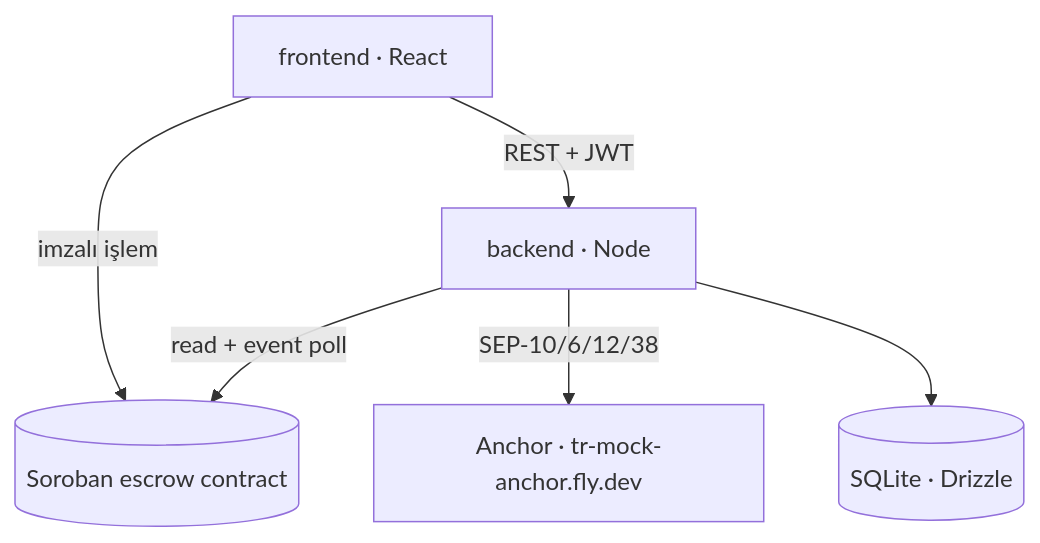
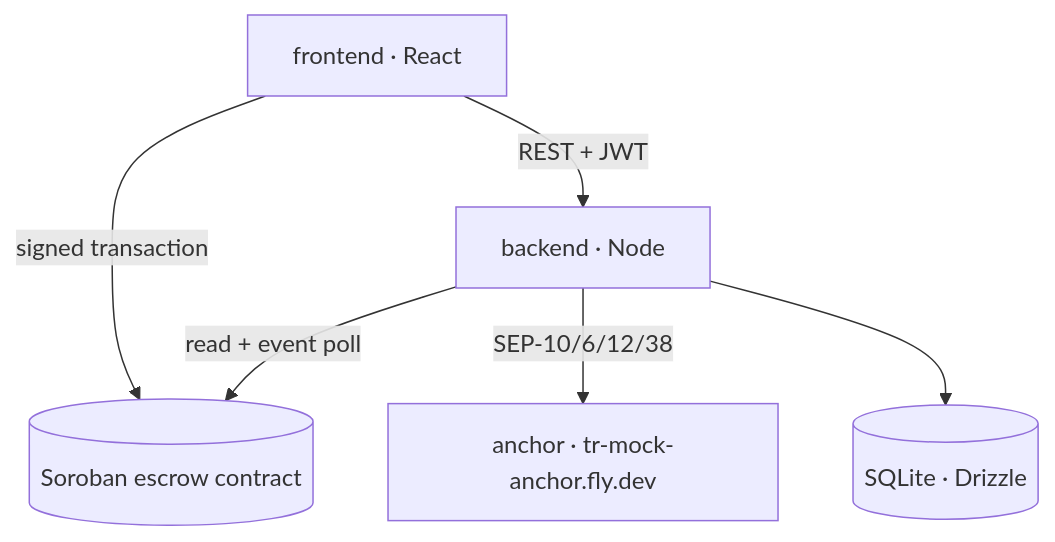
One commit to CemAyyildiz/Pactly changed the first of 3 diagrams in _bmad-output/planning-artifacts/architecture/architecture-Pactly-2026-09-16/ARCHITECTURE-SPINE.md. Above: the diagram before and after it, drawn with Mermaid. The commit also changed other lines of this file and 10 other files, not shown here.

````diff
--- a/_bmad-output/planning-artifacts/architecture/architecture-Pactly-2026-09-16/ARCHITECTURE-SPINE.md
+++ b/_bmad-output/planning-artifacts/architecture/architecture-Pactly-2026-09-16/ARCHITECTURE-SPINE.md
@@ -34,8 +34,8 @@
 ```mermaid
 graph TD
   FE[frontend · React] -->|REST + JWT| BE[backend · Node]
-  FE -->|imzalı işlem| CH[(Soroban escrow contract)]
+  FE -->|signed transaction| CH[(Soroban escrow contract)]
   BE -->|read + event poll| CH
-  BE -->|SEP-10/6/12/38| AN[Anchor · tr-mock-anchor.fly.dev]
+  BE -->|SEP-10/6/12/38| AN[anchor · tr-mock-anchor.fly.dev]
   BE --> DB[(SQLite · Drizzle)]
 ```
````
